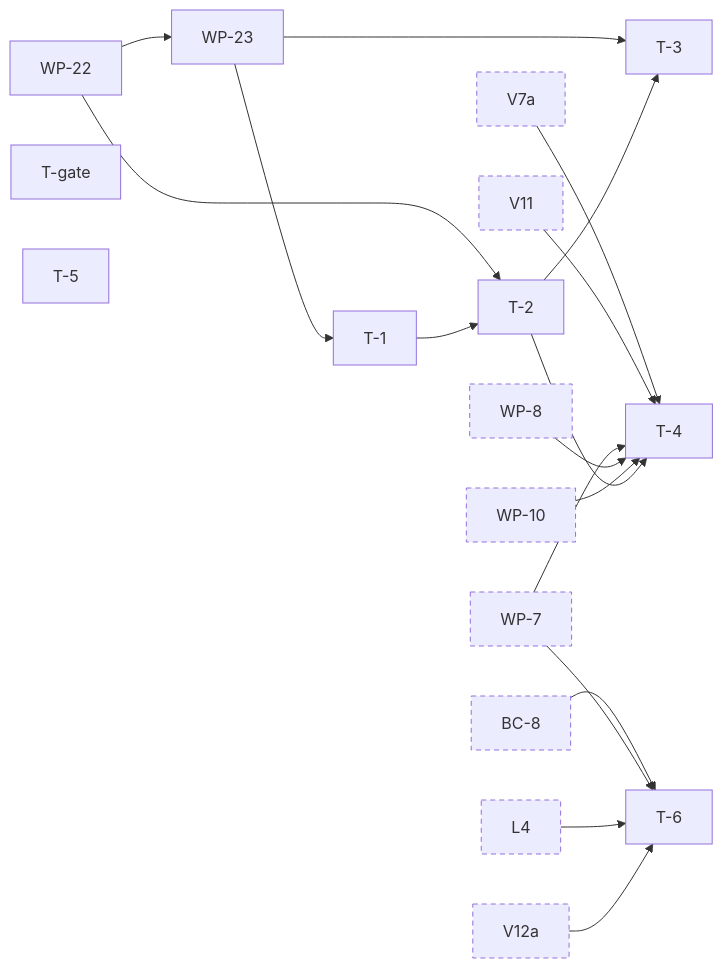
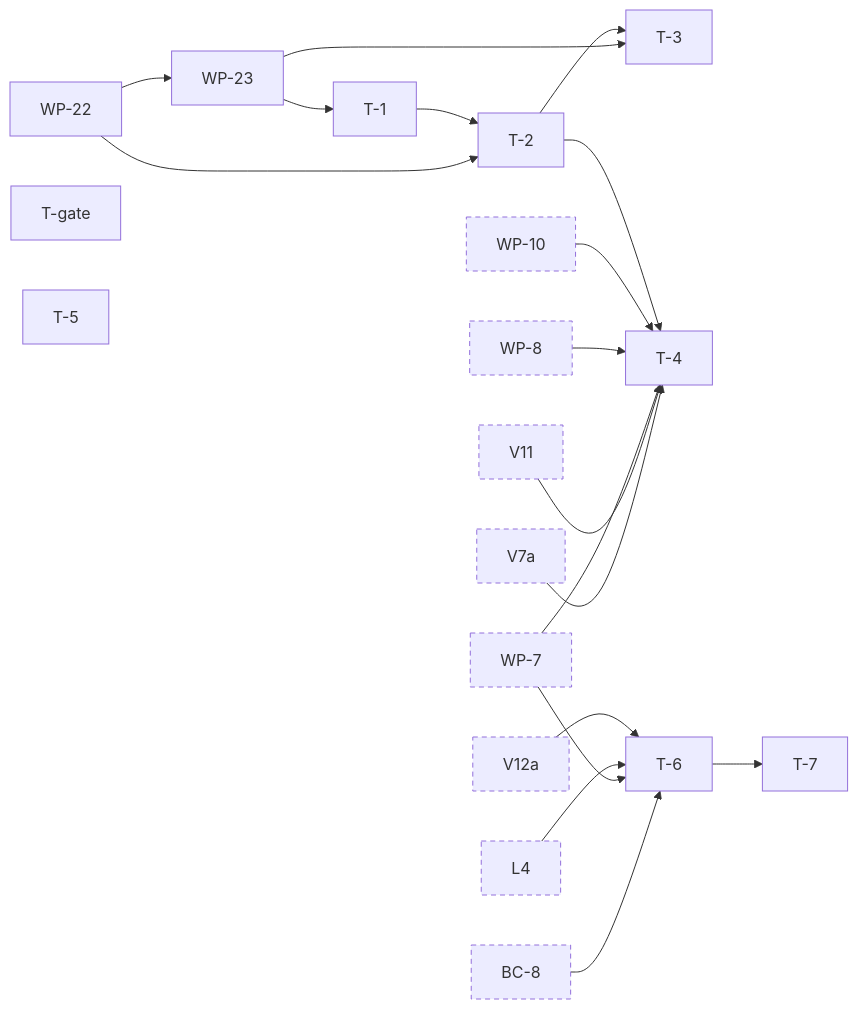
Before and after one commit to jhoblitt/rgw-go: the ninth of 11 diagrams in docs/superpowers/plans/2026-10-13-phase-2/dependencies.md, drawn with Mermaid. The commit also changed other lines of this file and 2 other files, not shown here.

Commit message:
docs(plan): add task T-7 and correct the object-lock recording
T-6's review found that the s3-tests venv installs unpinned while the
parity comparison never compares it, so botocore 1.44.0's retry mode
changed an outcome unseen during T-6's re-record. That is outside T-6,
so it becomes task T-7: the venv pinned to the versions T-6 recorded
with, and a candidate whose freeze differs from the ledger's refused.

T-6 also found that no s3-tests test carries an object_lock marker, so
it deselected L4's two tests. T-6's item 4 now says so, and C12 lifts
every object-lock deselect line, those two included, with a
known-differences line for each in both files.

````diff
--- a/docs/superpowers/plans/2026-10-13-phase-2/dependencies.md
+++ b/docs/superpowers/plans/2026-10-13-phase-2/dependencies.md
@@ -955,54 +955,57 @@
 ```mermaid
 flowchart LR
   t_WP_22["WP-22"]
   t_WP_23["WP-23"]
   t_T_1["T-1"]
   t_T_2["T-2"]
   t_T_3["T-3"]
   t_T_4["T-4"]
   t_T_gate["T-gate"]
   t_T_5["T-5"]
   t_T_6["T-6"]
+  t_T_7["T-7"]
   t_V7a["V7a"]:::ext
   t_V11["V11"]:::ext
   t_WP_7["WP-7"]:::ext
   t_WP_8["WP-8"]:::ext
   t_WP_10["WP-10"]:::ext
   t_BC_8["BC-8"]:::ext
   t_L4["L4"]:::ext
   t_V12a["V12a"]:::ext
   t_WP_22 --> t_WP_23
   t_WP_23 --> t_T_1
   t_WP_22 --> t_T_2
   t_T_1 --> t_T_2
   t_WP_23 --> t_T_3
   t_T_2 --> t_T_3
   t_V7a --> t_T_4
   t_V11 --> t_T_4
   t_WP_7 --> t_T_4
   t_WP_8 --> t_T_4
   t_WP_10 --> t_T_4
   t_T_2 --> t_T_4
   t_BC_8 --> t_T_6
   t_WP_7 --> t_T_6
   t_L4 --> t_T_6
   t_V12a --> t_T_6
+  t_T_6 --> t_T_7
   click t_WP_22 href "https://github.com/jhoblitt/rgw-go/blob/main/docs/superpowers/plans/2026-10-13-phase-2/T-gate-tooling.md#task-wp-22-the-s3-tests-selection-in-go" "WP-22: the s3-tests selection in Go"
   click t_WP_23 href "https://github.com/jhoblitt/rgw-go/blob/main/docs/superpowers/plans/2026-10-13-phase-2/T-gate-tooling.md#task-wp-23-the-include-list" "WP-23: the include list"
   click t_T_1 href "https://github.com/jhoblitt/rgw-go/blob/main/docs/superpowers/plans/2026-10-13-phase-2/T-gate-tooling.md#task-t-1-the-per-pr-and-gate-sets" "T-1: the per-PR and gate sets"
   click t_T_2 href "https://github.com/jhoblitt/rgw-go/blob/main/docs/superpowers/plans/2026-10-13-phase-2/T-gate-tooling.md#task-t-2-the-lifecycle-runs-cluster-configuration" "T-2: the lifecycle runs' cluster configuration"
   click t_T_3 href "https://github.com/jhoblitt/rgw-go/blob/main/docs/superpowers/plans/2026-10-13-phase-2/T-gate-tooling.md#task-t-3-storage-class-copies-on-the-include-list" "T-3: storage-class copies on the include list"
   click t_T_4 href "https://github.com/jhoblitt/rgw-go/blob/main/docs/superpowers/plans/2026-10-13-phase-2/T-gate-tooling.md#task-t-4-benchmark-profiles-for-the-phase-2-paths" "T-4: benchmark profiles for the phase 2 paths"
   click t_T_gate href "https://github.com/jhoblitt/rgw-go/blob/main/docs/superpowers/plans/2026-10-13-phase-2/T-gate-tooling.md#task-t-gate-the-phase-2-gate" "T-gate: the phase 2 gate"
   click t_T_5 href "https://github.com/jhoblitt/rgw-go/blob/main/docs/superpowers/plans/2026-10-13-phase-2/T-gate-tooling.md#task-t-5-s3-tests-_has_target_object_key_format-reports-what-it-probes" "T-5: s3-tests, `_has_target_object_key_format` reports what it probes"
   click t_T_6 href "https://github.com/jhoblitt/rgw-go/blob/main/docs/superpowers/plans/2026-10-13-phase-2/T-gate-tooling.md#task-t-6-the-combined-s3-tests-pin-bump" "T-6: the combined s3-tests pin bump"
+  click t_T_7 href "https://github.com/jhoblitt/rgw-go/blob/main/docs/superpowers/plans/2026-10-13-phase-2/T-gate-tooling.md#task-t-7-the-s3-tests-venv-pinned-and-its-freeze-compared" "T-7: the s3-tests venv pinned and its freeze compared"
   click t_V7a href "https://github.com/jhoblitt/rgw-go/blob/main/docs/superpowers/plans/2026-10-13-phase-2/V-versioning.md#task-v7a-driver-versioned-putobject" "V7a: driver, versioned PutObject"
   click t_V11 href "https://github.com/jhoblitt/rgw-go/blob/main/docs/superpowers/plans/2026-10-13-phase-2/V-versioning.md#task-v11-op-and-s3-versioned-writes" "V11: op and s3, versioned writes"
   click t_WP_7 href "https://github.com/jhoblitt/rgw-go/blob/main/docs/superpowers/plans/2026-10-13-phase-2/WP-write-path.md#task-wp-7-checksum-headers-on-writes" "WP-7: checksum headers on writes"
   click t_WP_8 href "https://github.com/jhoblitt/rgw-go/blob/main/docs/superpowers/plans/2026-10-13-phase-2/WP-write-path.md#task-wp-8-put-and-part-checksums" "WP-8: PUT and part checksums"
   click t_WP_10 href "https://github.com/jhoblitt/rgw-go/blob/main/docs/superpowers/plans/2026-10-13-phase-2/WP-write-path.md#task-wp-10-compression-on-put-and-parts" "WP-10: compression on PUT and parts"
   click t_BC_8 href "https://github.com/jhoblitt/rgw-go/blob/main/docs/superpowers/plans/2026-10-13-phase-2/B-bucket-config.md#task-bc-8-cors-recording-and-gate" "BC-8: CORS recording and gate"
   click t_L4 href "https://github.com/jhoblitt/rgw-go/blob/main/docs/superpowers/plans/2026-10-13-phase-2/L-object-lock.md#task-l4-delete-enforcement" "L4: delete enforcement"
   click t_V12a href "https://github.com/jhoblitt/rgw-go/blob/main/docs/superpowers/plans/2026-10-13-phase-2/V-versioning.md#task-v12a-op-and-s3-versioned-deleteobject-and-deleteobjects" "V12a: op and s3, versioned DeleteObject and DeleteObjects"
   classDef ext stroke-dasharray: 5 4
 ```
````
